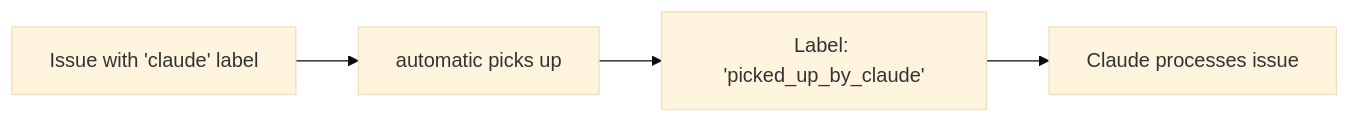
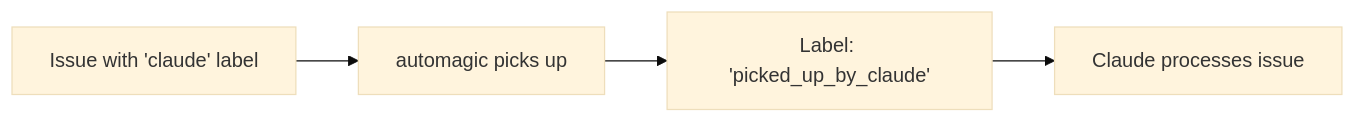
One commit to bilbo290/automagic changed the first of 2 diagrams in README.md. Above: the diagram before and after it, drawn with Mermaid (base theme). The commit also changed other lines of this file and 9 other files, not shown here.

````diff
--- a/README.md
+++ b/README.md
@@ -157,6 +157,6 @@
 ```mermaid
 graph LR
-    A[Issue with 'claude' label] --> B[automatic picks up]
+    A[Issue with 'claude' label] --> B[automagic picks up]
     B --> C[Label: 'picked_up_by_claude']
     C --> D[Claude processes issue]
 ```
````
